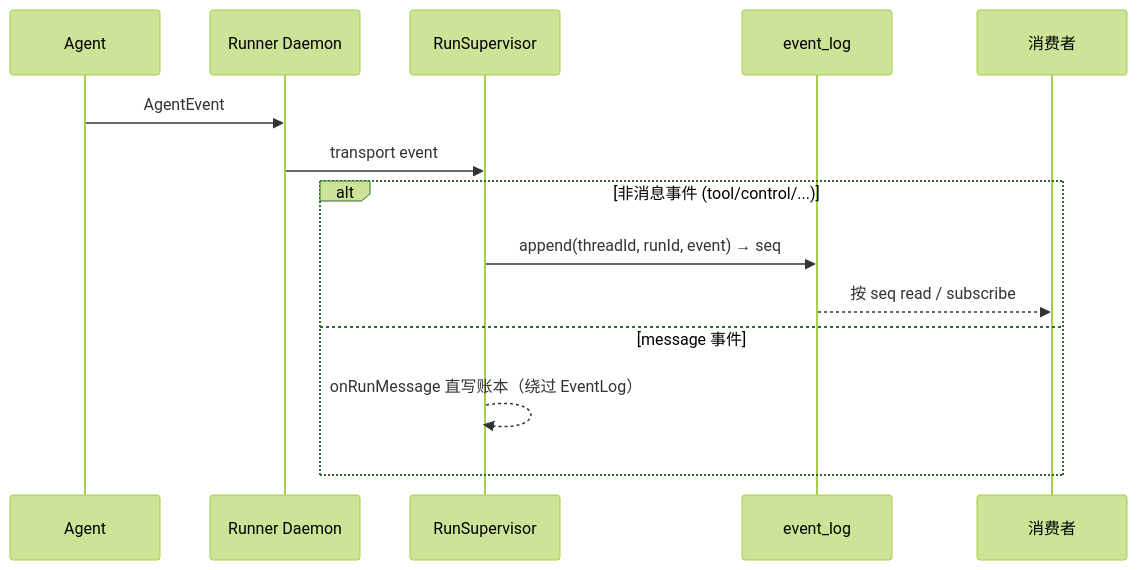
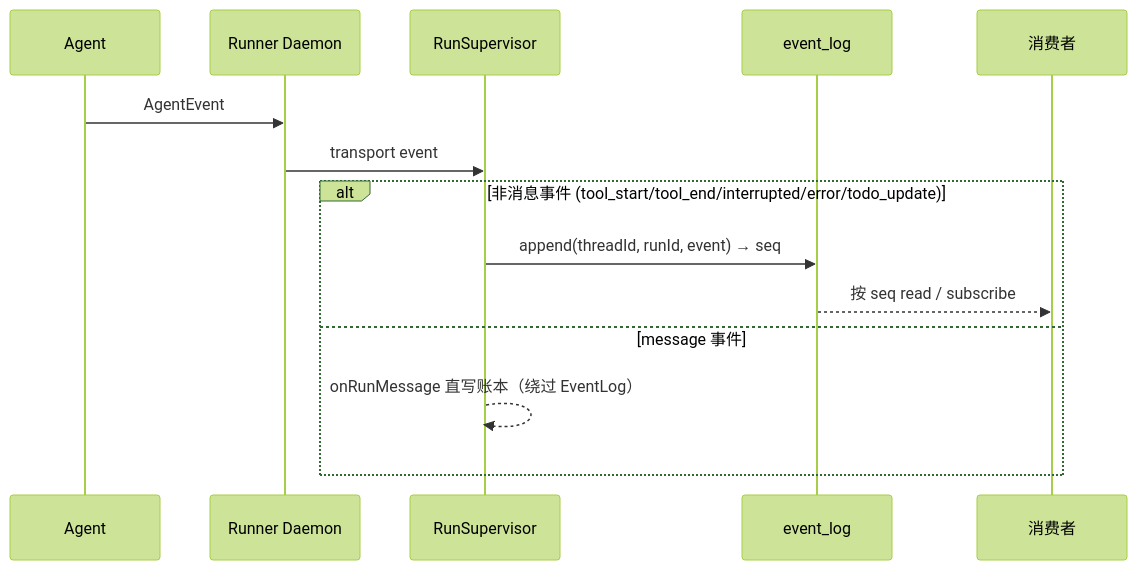
Before and after one commit to Chengchcc/my-agent-team: the diagram in docs/architecture/backend/event-log.md, drawn with Mermaid (forest theme). The commit also changed other lines of this file and 5 other files, not shown here.

````diff
--- a/docs/architecture/backend/event-log.md
+++ b/docs/architecture/backend/event-log.md
@@ -24,17 +24,17 @@
 ```mermaid
 sequenceDiagram
   participant A as Agent
   participant D as Runner Daemon
   participant S as RunSupervisor
   participant E as event_log
   participant C as 消费者
 
   A->>D: AgentEvent
   D->>S: transport event
-  alt 非消息事件 (tool/control/...)
+  alt 非消息事件 (tool_start/tool_end/interrupted/error/todo_update)
     S->>E: append(threadId, runId, event) → seq
     E-->>C: 按 seq read / subscribe
   else message 事件
     S-->>S: onRunMessage 直写账本（绕过 EventLog）
   end
 ```
````
